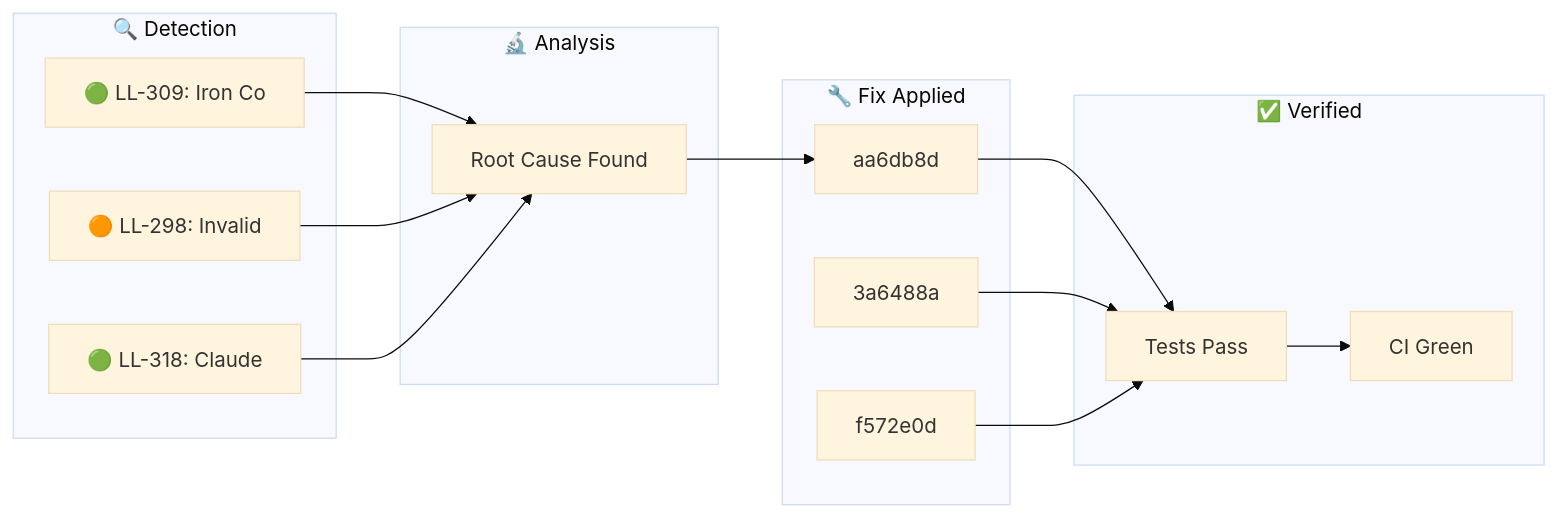
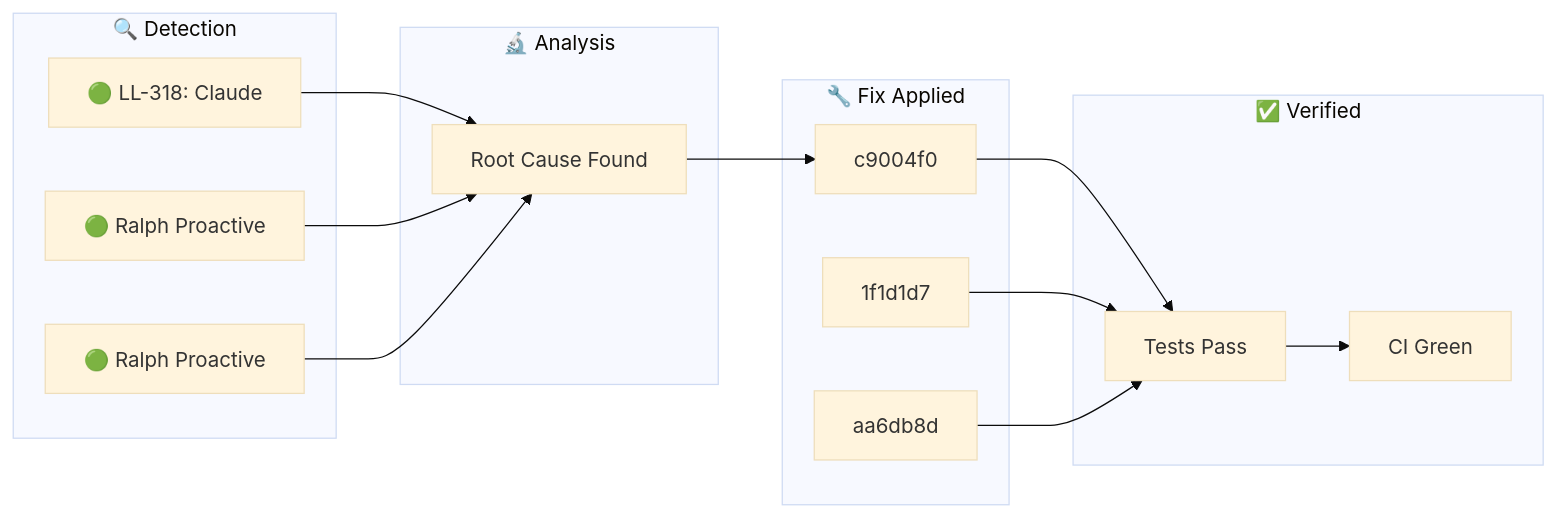
Before and after one commit to YoByron/trading: the diagram in docs/_posts/2026-01-30-ralph-discovery.md, drawn with Mermaid (base theme). The commit also changed other lines of this file, not shown here.

Commit message:
docs(ralph): Auto-publish discovery blog post

````diff
--- a/docs/_posts/2026-01-30-ralph-discovery.md
+++ b/docs/_posts/2026-01-30-ralph-discovery.md
@@ -17,28 +17,28 @@
 ```mermaid
 flowchart LR
     subgraph Detection["🔍 Detection"]
-        D1["🟢 LL-309: Iron Co"]
-        D2["🟠 LL-298: Invalid"]
-        D3["🟢 LL-318: Claude "]
+        D1["🟢 LL-318: Claude "]
+        D2["🟢 Ralph Proactive"]
+        D3["🟢 Ralph Proactive"]
     end
     subgraph Analysis["🔬 Analysis"]
         A1["Root Cause Found"]
     end
     subgraph Fix["🔧 Fix Applied"]
-        F1["aa6db8d"]
-        F2["3a6488a"]
-        F3["f572e0d"]
+        F1["c9004f0"]
+        F2["1f1d1d7"]
+        F3["aa6db8d"]
     end
     subgraph Verify["✅ Verified"]
         V1["Tests Pass"]
         V2["CI Green"]
     end
     D1 --> A1
     D2 --> A1
     D3 --> A1
     A1 --> F1
     F1 --> V1
     F2 --> V1
     F3 --> V1
     V1 --> V2
 ```
````
